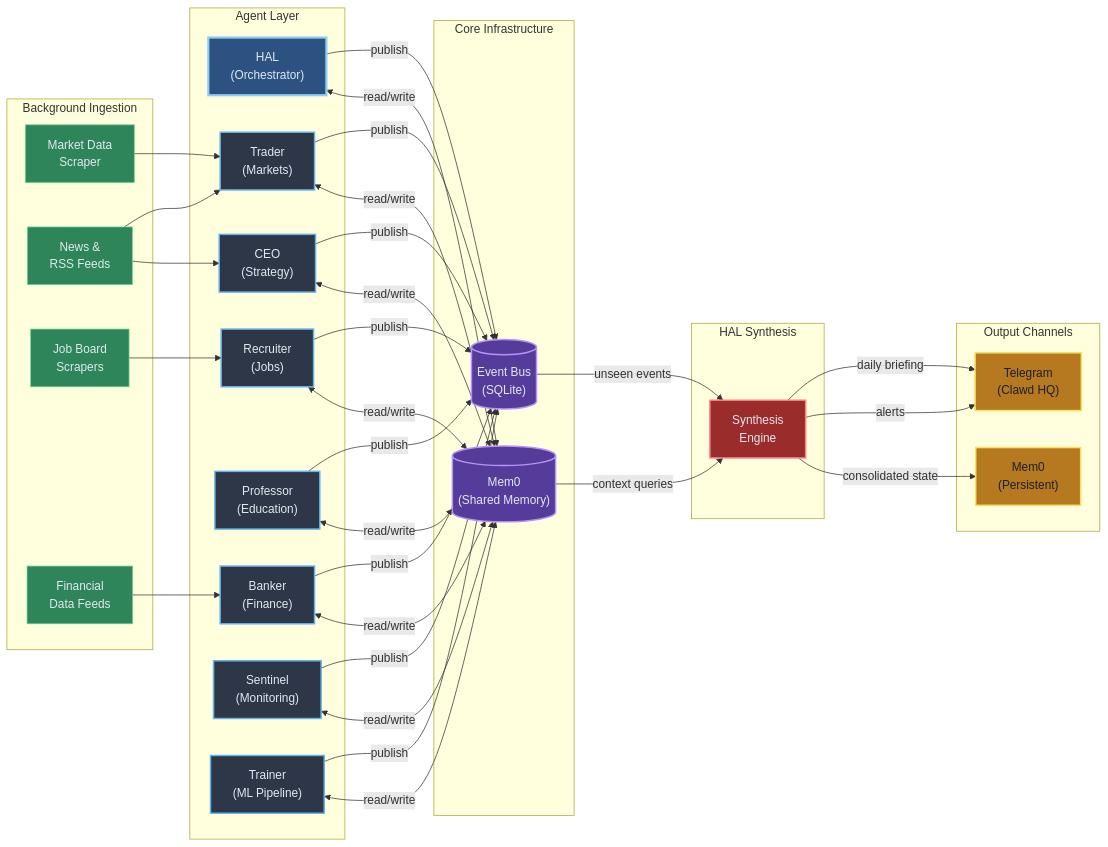
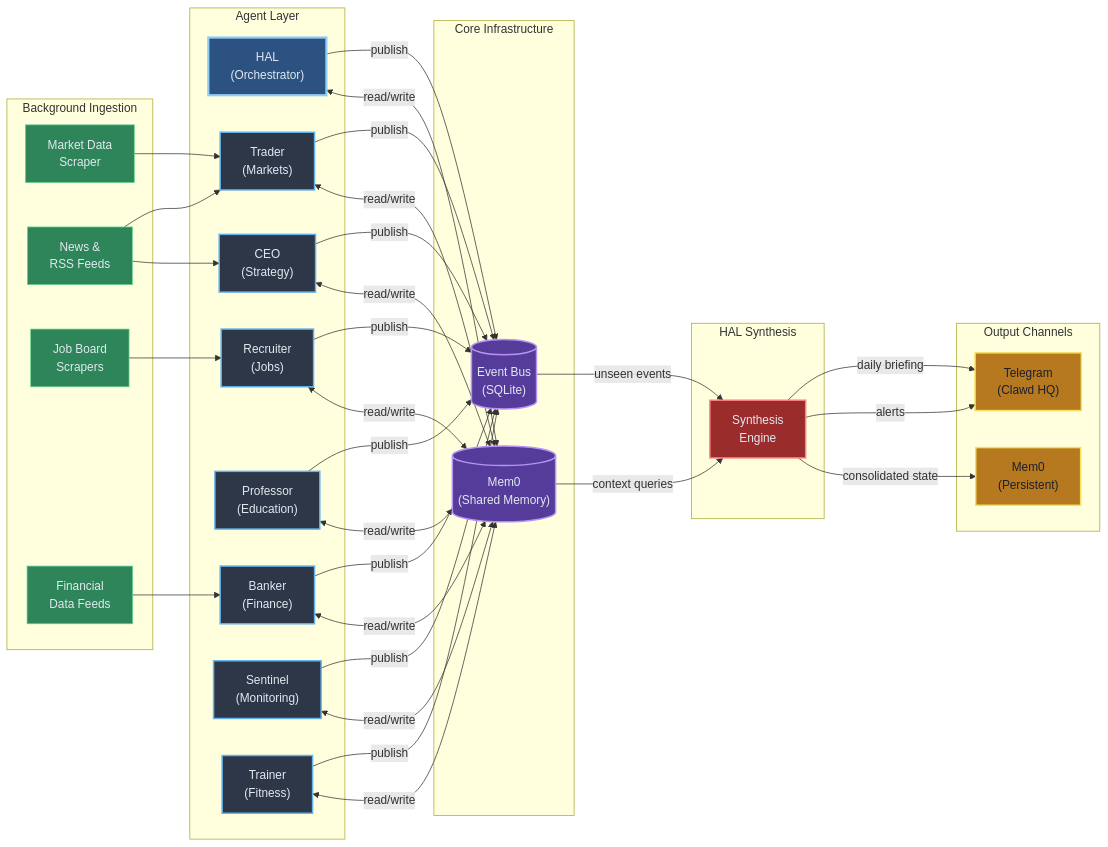
One commit to zach-abraham/clawd-hq changed the diagram in diagrams/data-flow.mmd. Above: the diagram before and after it, drawn with Mermaid. The commit also changed 4 other files, not shown here.

First line of the commit message:
Fix Trainer to personal fitness, remove real IPs from diagrams

```diff
--- a/diagrams/data-flow.mmd
+++ b/diagrams/data-flow.mmd
@@ -1,83 +1,83 @@
 flowchart LR
     subgraph INGESTION["Background Ingestion"]
         ING_MARKET["Market Data<br/>Scraper"]
         ING_NEWS["News &<br/>RSS Feeds"]
         ING_JOBS["Job Board<br/>Scrapers"]
         ING_FINANCE["Financial<br/>Data Feeds"]
     end
 
     subgraph AGENTS["Agent Layer"]
         HAL["HAL<br/>(Orchestrator)"]
         TRADER["Trader<br/>(Markets)"]
         RECRUITER["Recruiter<br/>(Jobs)"]
         BANKER["Banker<br/>(Finance)"]
         PROFESSOR["Professor<br/>(Education)"]
         CEO["CEO<br/>(Strategy)"]
         SENTINEL["Sentinel<br/>(Monitoring)"]
-        TRAINER["Trainer<br/>(ML Pipeline)"]
+        TRAINER["Trainer<br/>(Fitness)"]
     end
 
     subgraph CORE["Core Infrastructure"]
         EVENTBUS[("Event Bus<br/>(SQLite)")]
         MEM0[("Mem0<br/>(Shared Memory)")]
     end
 
     subgraph SYNTHESIS["HAL Synthesis"]
         SYNTH["Synthesis<br/>Engine"]
     end
 
     subgraph OUTPUT["Output Channels"]
         TG["Telegram<br/>(Clawd HQ)"]
         MEM0_OUT["Mem0<br/>(Persistent)"]
     end
 
     %% Ingestion feeds into agents
     ING_MARKET --> TRADER
     ING_NEWS --> TRADER
     ING_NEWS --> CEO
     ING_JOBS --> RECRUITER
     ING_FINANCE --> BANKER
 
     %% All agents publish to Event Bus
     HAL -->|publish| EVENTBUS
     TRADER -->|publish| EVENTBUS
     RECRUITER -->|publish| EVENTBUS
     BANKER -->|publish| EVENTBUS
     PROFESSOR -->|publish| EVENTBUS
     CEO -->|publish| EVENTBUS
     SENTINEL -->|publish| EVENTBUS
     TRAINER -->|publish| EVENTBUS
 
     %% All agents read/write Mem0
     HAL <-->|read/write| MEM0
     TRADER <-->|read/write| MEM0
     RECRUITER <-->|read/write| MEM0
     BANKER <-->|read/write| MEM0
     PROFESSOR <-->|read/write| MEM0
     CEO <-->|read/write| MEM0
     SENTINEL <-->|read/write| MEM0
     TRAINER <-->|read/write| MEM0
 
     %% Synthesis reads from both
     EVENTBUS -->|unseen events| SYNTH
     MEM0 -->|context queries| SYNTH
 
     %% Synthesis outputs
     SYNTH -->|daily briefing| TG
     SYNTH -->|alerts| TG
     SYNTH -->|consolidated state| MEM0_OUT
 
     %% Styles
     classDef agent fill:#2d3748,stroke:#63b3ed,color:#e2e8f0,stroke-width:2px
     classDef hal fill:#2c5282,stroke:#90cdf4,color:#e2e8f0,stroke-width:3px
     classDef core fill:#553c9a,stroke:#b794f4,color:#e2e8f0,stroke-width:2px
     classDef ingestion fill:#2f855a,stroke:#68d391,color:#e2e8f0,stroke-width:1px
     classDef output fill:#b7791f,stroke:#f6e05e,color:#1a202c,stroke-width:2px
     classDef synth fill:#9b2c2c,stroke:#fc8181,color:#e2e8f0,stroke-width:2px
 
     class HAL hal
     class TRADER,RECRUITER,BANKER,PROFESSOR,CEO,SENTINEL,TRAINER agent
     class EVENTBUS,MEM0 core
     class ING_MARKET,ING_NEWS,ING_JOBS,ING_FINANCE ingestion
     class TG,MEM0_OUT output
     class SYNTH synth
```
